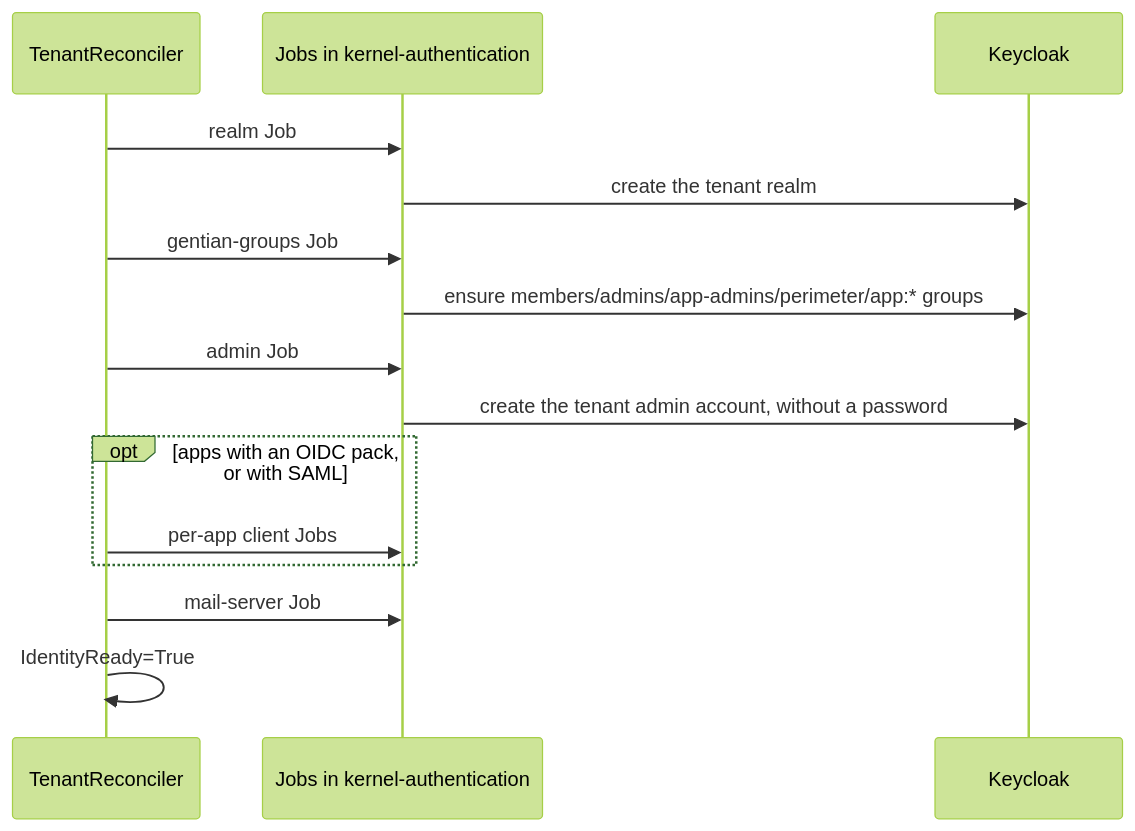
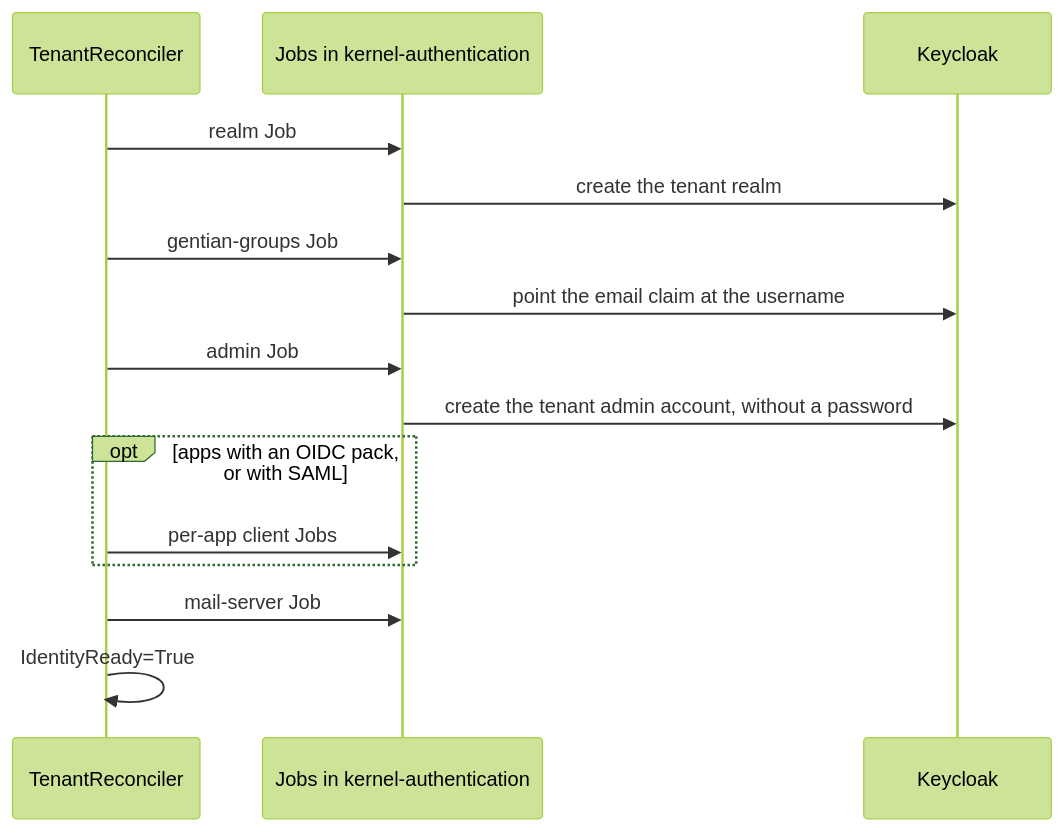
Before and after one commit to gentian-org/gentian-os: the diagram in docs/concepts/iam.md, drawn with Mermaid (forest theme). The commit also changed other lines of this file and 22 other files, not shown here.

````diff
--- a/docs/concepts/iam.md
+++ b/docs/concepts/iam.md
@@ -533,18 +585,18 @@
 ```mermaid
 sequenceDiagram
   participant TR as TenantReconciler
   participant KC as Jobs in kernel-authentication
   participant K as Keycloak
 
   TR->>KC: realm Job
   KC->>K: create the tenant realm
   TR->>KC: gentian-groups Job
-  KC->>K: ensure members/admins/app-admins/perimeter/app:* groups
+  KC->>K: point the email claim at the username
   TR->>KC: admin Job
   KC->>K: create the tenant admin account, without a password
   opt apps with an OIDC pack, or with SAML
     TR->>KC: per-app client Jobs
   end
   TR->>KC: mail-server Job
   TR->>TR: IdentityReady=True
 ```
````
